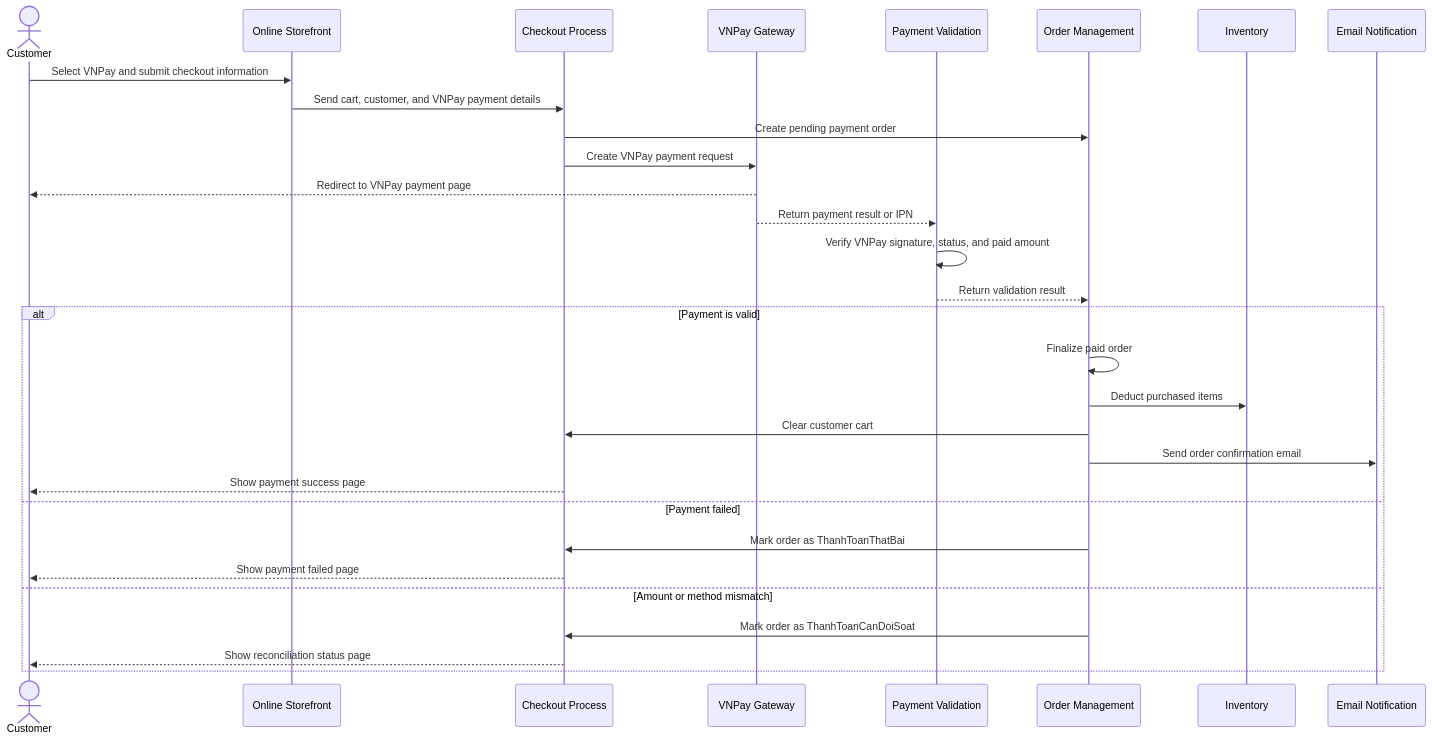
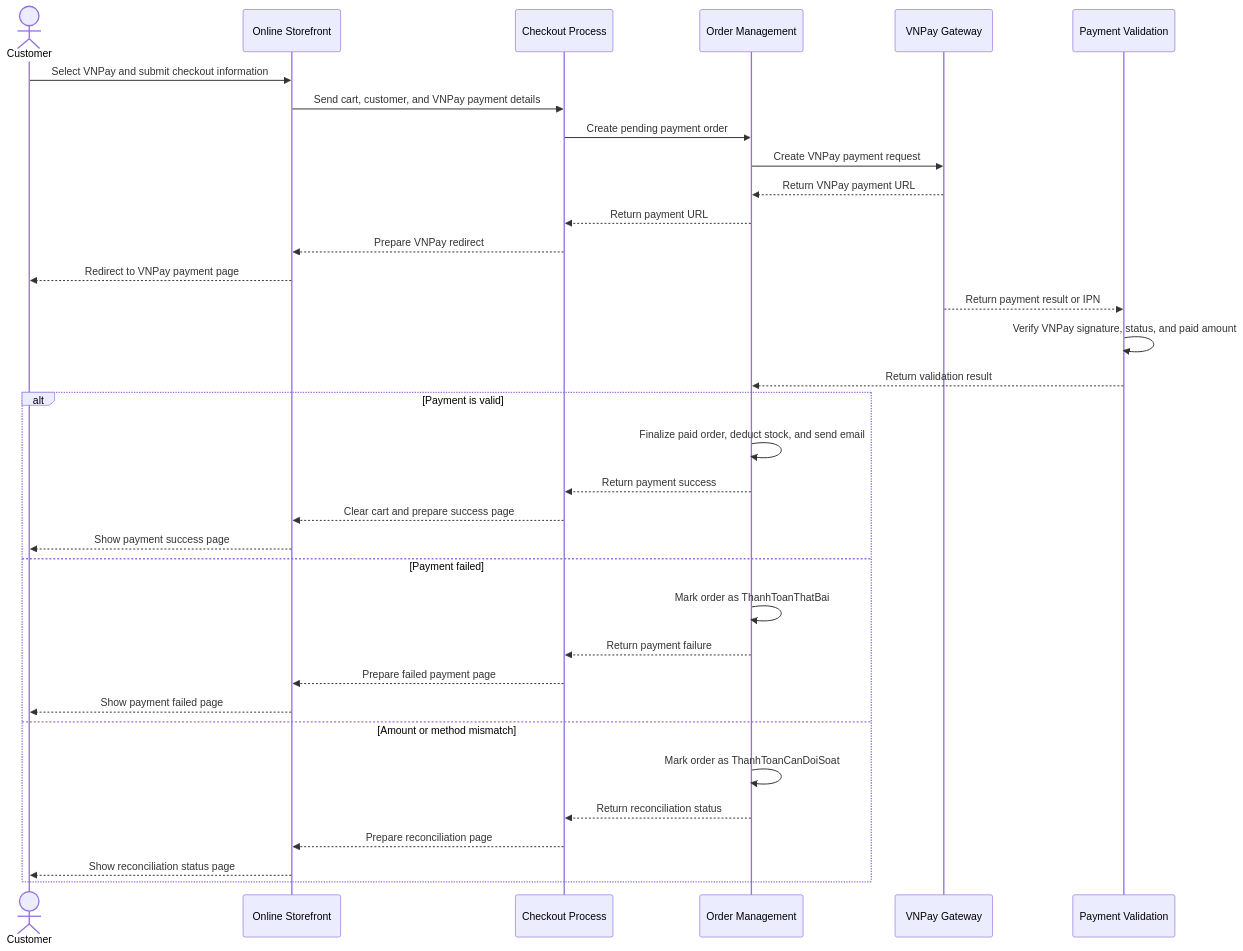
The fifth of 9 diagrams in README.md (ngxuanvan/ReSip-Multi-Payment-E-Commerce), drawn with Mermaid before and after one commit. The commit also changed other lines of this file, not shown here.

Commit message:
docs: refine sequence diagrams with stepwise messages

````diff
--- a/README.md
+++ b/README.md
@@ -173,35 +174,39 @@
 ```mermaid
 sequenceDiagram
     actor Customer
     participant Storefront as Online Storefront
     participant Checkout as Checkout Process
+    participant Order as Order Management
     participant VNPay as VNPay Gateway
     participant Validation as Payment Validation
-    participant Order as Order Management
-    participant Inventory as Inventory
-    participant Notification as Email Notification
 
     Customer->>Storefront: Select VNPay and submit checkout information
     Storefront->>Checkout: Send cart, customer, and VNPay payment details
     Checkout->>Order: Create pending payment order
-    Checkout->>VNPay: Create VNPay payment request
-    VNPay-->>Customer: Redirect to VNPay payment page
+    Order->>VNPay: Create VNPay payment request
+    VNPay-->>Order: Return VNPay payment URL
+    Order-->>Checkout: Return payment URL
+    Checkout-->>Storefront: Prepare VNPay redirect
+    Storefront-->>Customer: Redirect to VNPay payment page
     VNPay-->>Validation: Return payment result or IPN
 
     Validation->>Validation: Verify VNPay signature, status, and paid amount
     Validation-->>Order: Return validation result
 
     alt Payment is valid
-        Order->>Order: Finalize paid order
-        Order->>Inventory: Deduct purchased items
-        Order->>Checkout: Clear customer cart
-        Order->>Notification: Send order confirmation email
-        Checkout-->>Customer: Show payment success page
+        Order->>Order: Finalize paid order, deduct stock, and send email
+        Order-->>Checkout: Return payment success
+        Checkout-->>Storefront: Clear cart and prepare success page
+        Storefront-->>Customer: Show payment success page
     else Payment failed
-        Order->>Checkout: Mark order as ThanhToanThatBai
-        Checkout-->>Customer: Show payment failed page
+        Order->>Order: Mark order as ThanhToanThatBai
+        Order-->>Checkout: Return payment failure
+        Checkout-->>Storefront: Prepare failed payment page
+        Storefront-->>Customer: Show payment failed page
     else Amount or method mismatch
-        Order->>Checkout: Mark order as ThanhToanCanDoiSoat
-        Checkout-->>Customer: Show reconciliation status page
+        Order->>Order: Mark order as ThanhToanCanDoiSoat
+        Order-->>Checkout: Return reconciliation status
+        Checkout-->>Storefront: Prepare reconciliation page
+        Storefront-->>Customer: Show reconciliation status page
     end
 ```
````
